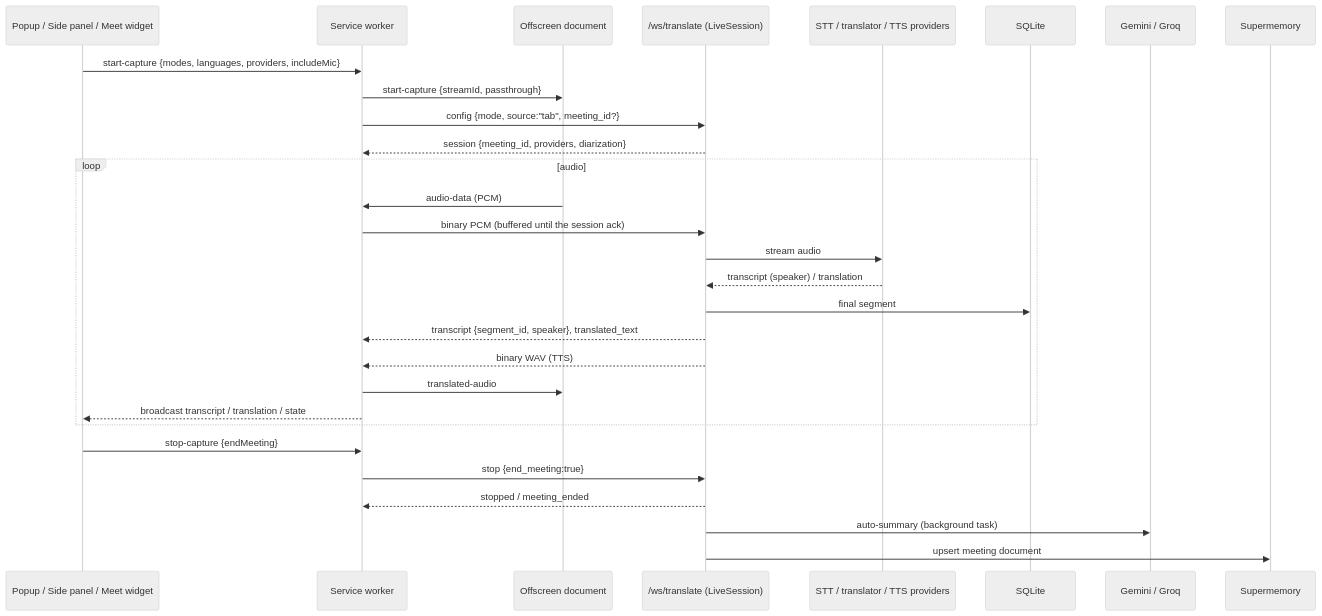
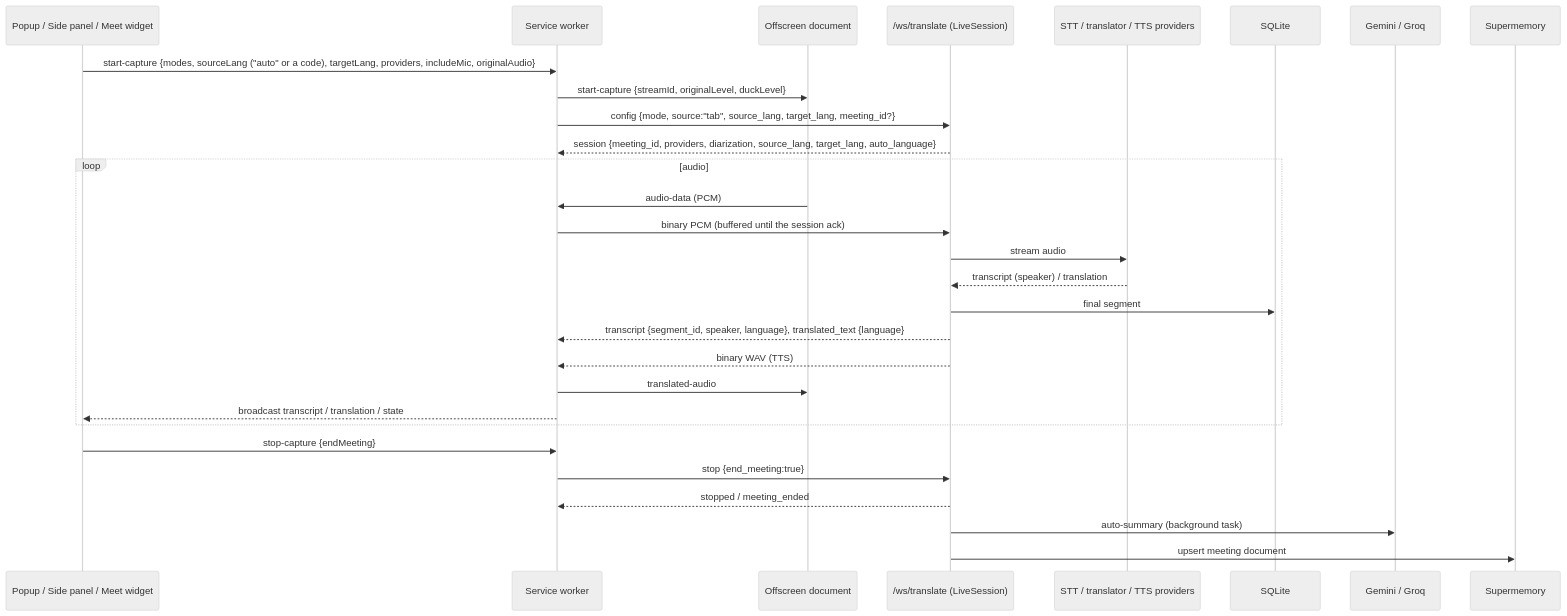
One commit to Kvndoshi/smartmeetingcompanion changed the diagram in architecture.md. Above: the diagram before and after it, drawn with Mermaid (neutral theme). The commit also changed other lines of this file and 64 other files, not shown here.

````diff
--- a/architecture.md
+++ b/architecture.md
@@ -23,32 +24,32 @@
 ```mermaid
 sequenceDiagram
     participant UI as Popup / Side panel / Meet widget
     participant SW as Service worker
     participant OFS as Offscreen document
     participant WS as /ws/translate (LiveSession)
     participant P as STT / translator / TTS providers
     participant DB as SQLite
     participant LLM as Gemini / Groq
     participant SM as Supermemory
 
-    UI->>SW: start-capture {modes, languages, providers, includeMic}
-    SW->>OFS: start-capture {streamId, passthrough}
-    SW->>WS: config {mode, source:"tab", meeting_id?}
-    WS-->>SW: session {meeting_id, providers, diarization}
+    UI->>SW: start-capture {modes, sourceLang ("auto" or a code), targetLang, providers, includeMic, originalAudio}
+    SW->>OFS: start-capture {streamId, originalLevel, duckLevel}
+    SW->>WS: config {mode, source:"tab", source_lang, target_lang, meeting_id?}
+    WS-->>SW: session {meeting_id, providers, diarization, source_lang, target_lang, auto_language}
     loop audio
         OFS->>SW: audio-data (PCM)
         SW->>WS: binary PCM (buffered until the session ack)
         WS->>P: stream audio
         P-->>WS: transcript (speaker) / translation
         WS->>DB: final segment
-        WS-->>SW: transcript {segment_id, speaker}, translated_text
+        WS-->>SW: transcript {segment_id, speaker, language}, translated_text {language}
         WS-->>SW: binary WAV (TTS)
         SW->>OFS: translated-audio
         SW-->>UI: broadcast transcript / translation / state
     end
     UI->>SW: stop-capture {endMeeting}
     SW->>WS: stop {end_meeting:true}
     WS-->>SW: stopped / meeting_ended
     WS->>LLM: auto-summary (background task)
     WS->>SM: upsert meeting document
 ```
````
